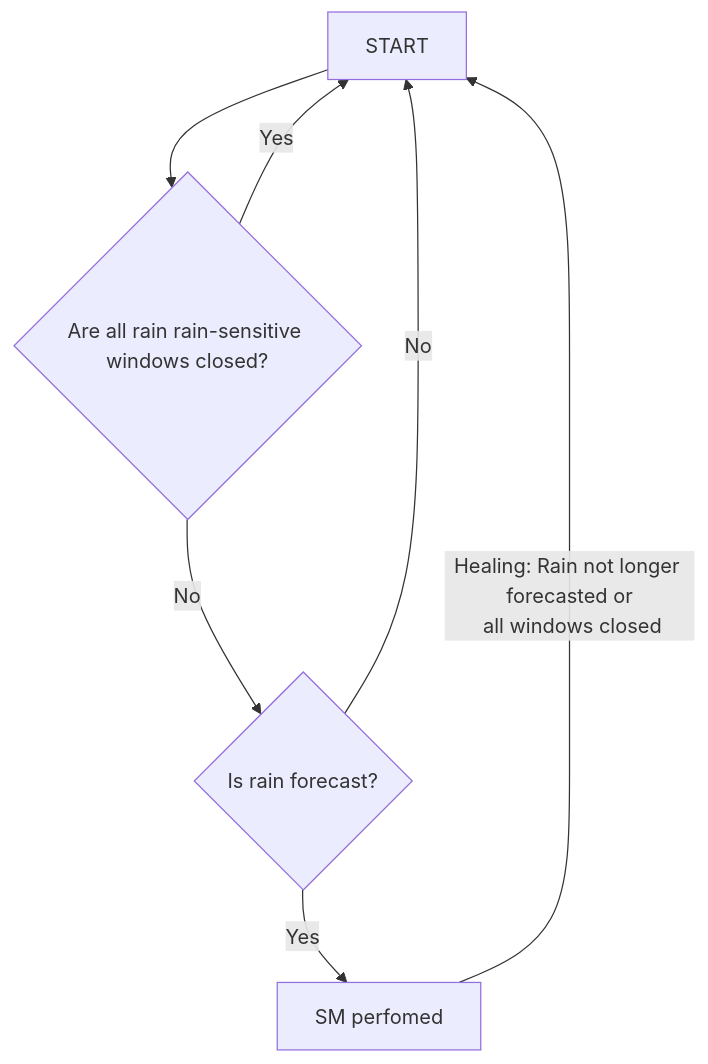
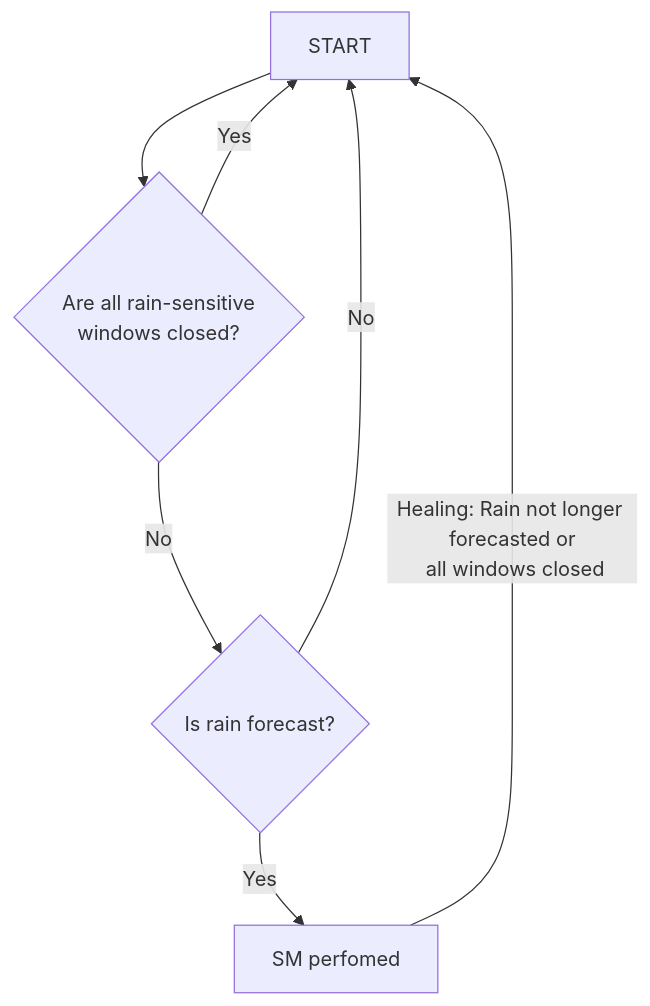
One commit to Arkaqius/SafetyComponent changed the fourth of 34 diagrams in SafetyConcept/SafetyConcept - SYS.md. Above: the diagram before and after it, drawn with Mermaid. The commit also changed other lines of this file, not shown here.

Commit message:
fix widths of mermaid graphs

````diff
--- a/SafetyConcept/SafetyConcept - SYS.md
+++ b/SafetyConcept/SafetyConcept - SYS.md
@@ -282,9 +282,9 @@
 ```mermaid
 flowchart TD
-    A[START] -->| | B{Are all rain rain-sensitive windows closed?}
+    A[START] -->| | B{Are all rain-sensitive\n windows closed?}
     B -->|Yes| A
     B -->|No| C{Is rain forecast?}
     C -->|No| A
     C -->|Yes| E[SM perfomed]
     E -->|Healing: Rain not longer forecasted or\n all windows closed| A
 ```
````
